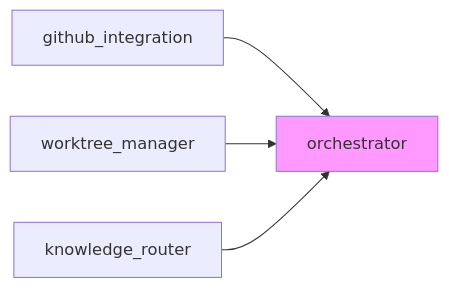
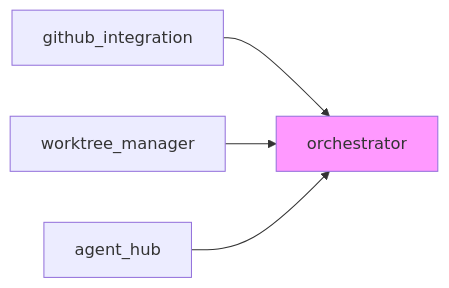
Before and after one commit to farmer1st/farmer-code: the diagram in docs/modules/README.md, drawn with Mermaid. The commit also changed other lines of this file and 195 other files, not shown here.

First line of the commit message:
feat: implement Services Architecture (Feature 008) (#8)

````diff
--- a/docs/modules/README.md
+++ b/docs/modules/README.md
@@ -57,8 +59,8 @@
 ```mermaid
 graph LR
     GI[github_integration] --> ORC[orchestrator]
     WM[worktree_manager] --> ORC
-    KR[knowledge_router] --> ORC
+    AH[agent_hub] --> ORC
 
     style ORC fill:#f9f
 ```
````
